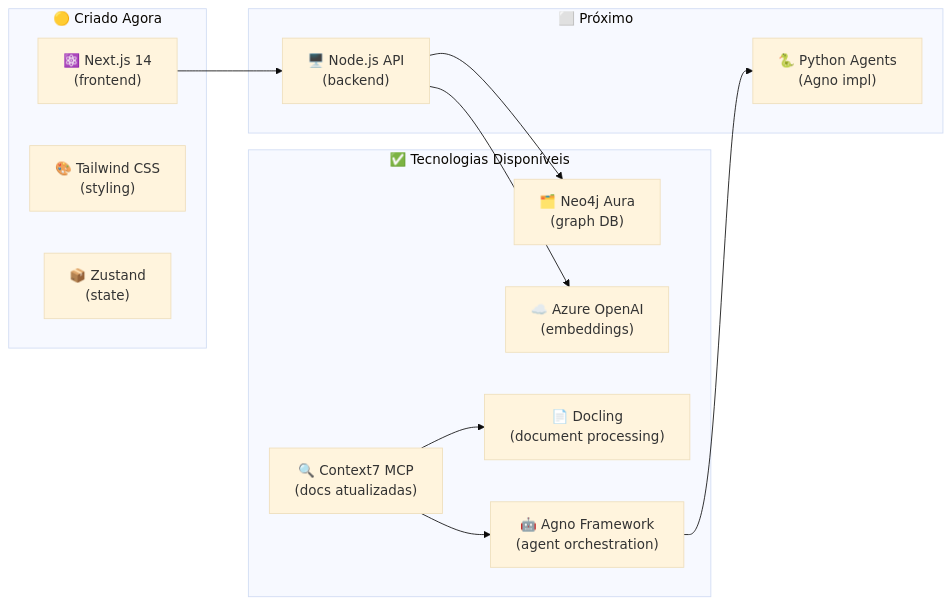
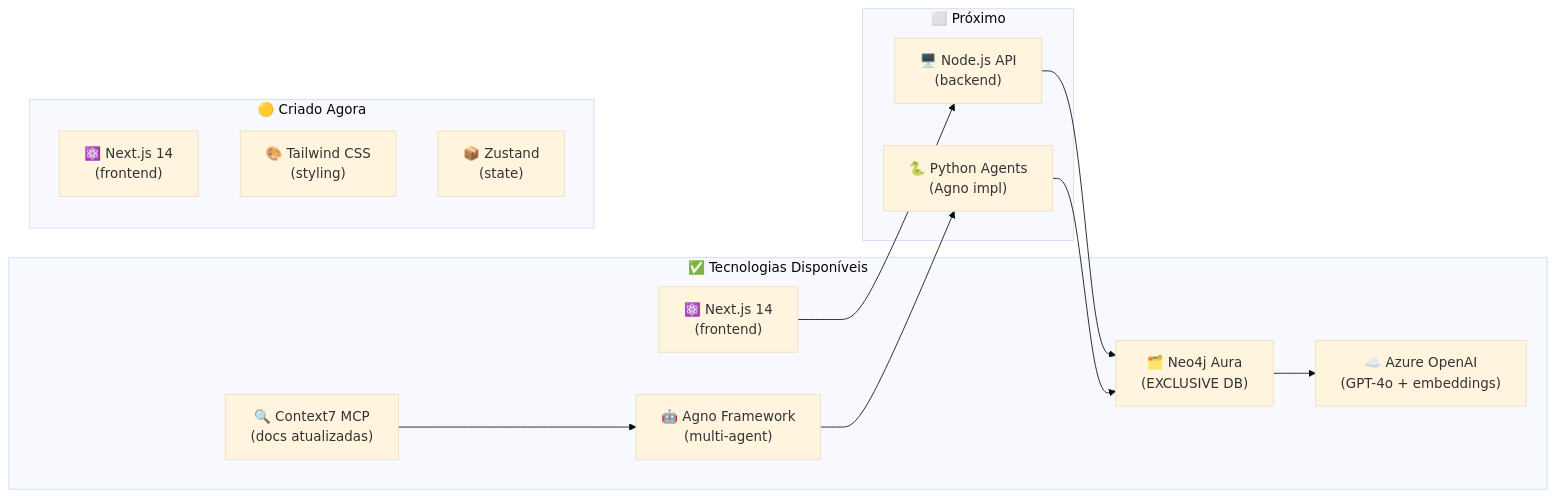
Before and after one commit to Trindade11/Teste: the fifth of 6 diagrams in EKS/project-context/project-overview.md, drawn with Mermaid. The commit also changed other lines of this file and 129 other files, not shown here.

````diff
--- a/EKS/project-context/project-overview.md
+++ b/EKS/project-context/project-overview.md
@@ -290,29 +304,29 @@
 ```mermaid
 %%{init: {'theme': 'base'}}%%
 flowchart LR
     subgraph Disponível["✅ Tecnologias Disponíveis"]
         Context7["🔍 Context7 MCP<br/>(docs atualizadas)"]
-        Neo4j["🗂️ Neo4j Aura<br/>(graph DB)"]
-        Azure["☁️ Azure OpenAI<br/>(embeddings)"]
-        Docling["📄 Docling<br/>(document processing)"]
-        Agno["🤖 Agno Framework<br/>(agent orchestration)"]
+        Neo4j["🗂️ Neo4j Aura<br/>(EXCLUSIVE DB)"]
+        Azure["☁️ Azure OpenAI<br/>(GPT-4o + embeddings)"]
+        Agno["🤖 Agno Framework<br/>(multi-agent)"]
+        NextJS14["⚛️ Next.js 14<br/>(frontend)"]
     end
     
     subgraph Criado["🟡 Criado Agora"]
         NextJS["⚛️ Next.js 14<br/>(frontend)"]
         Tailwind["🎨 Tailwind CSS<br/>(styling)"]
         Zustand["📦 Zustand<br/>(state)"]
     end
     
     subgraph Próximo["⬜ Próximo"]
         NodeAPI["🖥️ Node.js API<br/>(backend)"]
         AgentsCode["🐍 Python Agents<br/>(Agno impl)"]
     end
     
     Context7 --> Agno
-    Context7 --> Docling
     Agno --> AgentsCode
-    NextJS --> NodeAPI
+    NextJS14 --> NodeAPI
     NodeAPI --> Neo4j
-    NodeAPI --> Azure
+    AgentsCode --> Neo4j
+    Neo4j --> Azure
 ```
````
